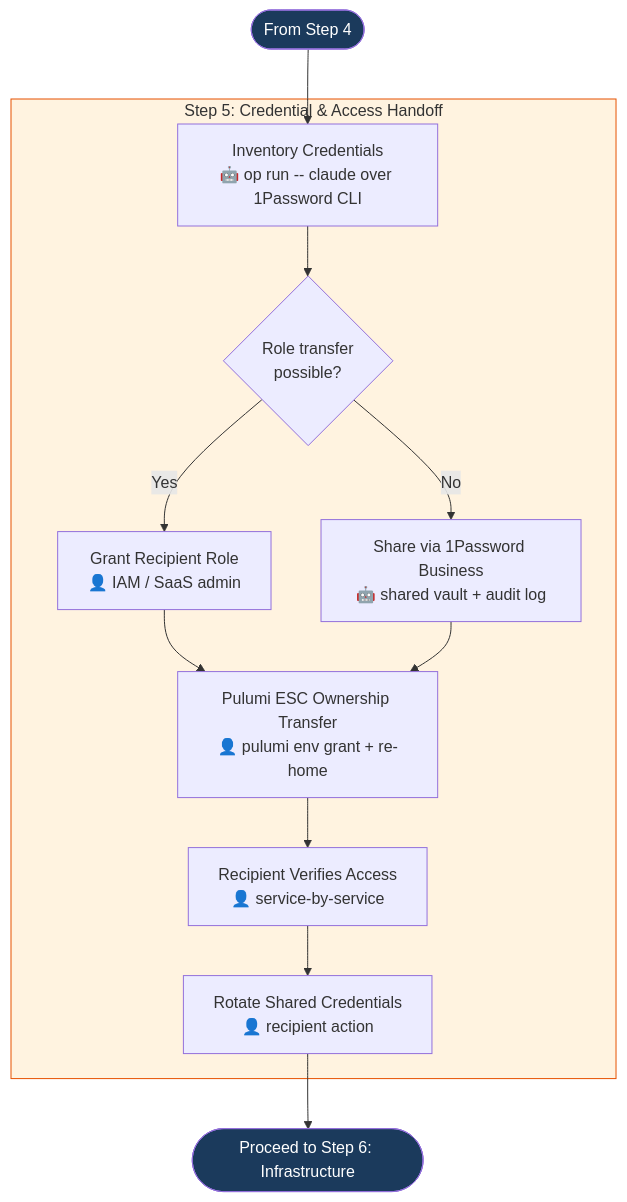
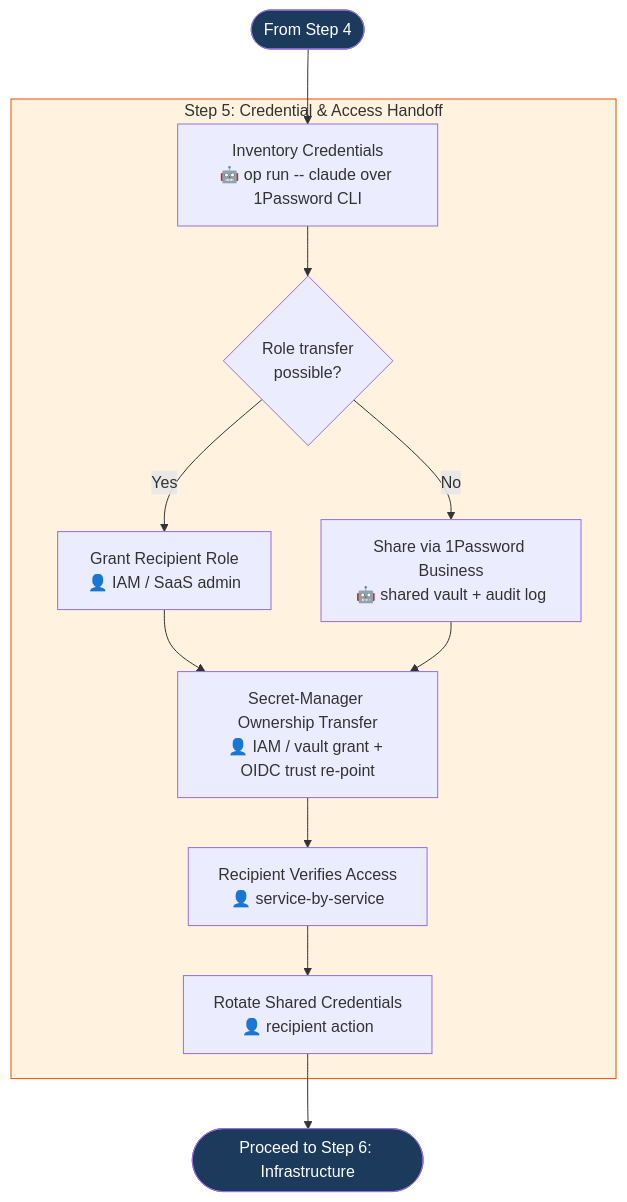
One commit to kalpat-allion/ai-dlc changed the seventh of 11 diagrams in aidlc-phases/07-delivery-handoff/FLOWCHART.md. Above: the diagram before and after it, drawn with Mermaid. The commit also changed other lines of this file and 39 other files, not shown here.

````diff
--- a/aidlc-phases/07-delivery-handoff/FLOWCHART.md
+++ b/aidlc-phases/07-delivery-handoff/FLOWCHART.md
@@ -233,20 +230,20 @@
 ```mermaid
 flowchart TD
     ENTRY([From Step 4]) --> CREDS
 
     subgraph CREDS_STEP["Step 5: Credential & Access Handoff"]
         CREDS[Inventory Credentials<br/>🤖 op run -- claude over 1Password CLI] --> ROLE_PREF{Role transfer<br/>possible?}
         ROLE_PREF -- Yes --> ROLE_GRANT[Grant Recipient Role<br/>👤 IAM / SaaS admin]
         ROLE_PREF -- No --> VAULT[Share via 1Password Business<br/>🤖 shared vault + audit log]
-        ROLE_GRANT --> ESC_HANDOFF[Pulumi ESC Ownership Transfer<br/>👤 pulumi env grant + re-home]
-        VAULT --> ESC_HANDOFF
-        ESC_HANDOFF --> VERIFY[Recipient Verifies Access<br/>👤 service-by-service]
+        ROLE_GRANT --> SECRETS_HANDOFF[Secret-Manager Ownership Transfer<br/>👤 IAM / vault grant + OIDC trust re-point]
+        VAULT --> SECRETS_HANDOFF
+        SECRETS_HANDOFF --> VERIFY[Recipient Verifies Access<br/>👤 service-by-service]
         VERIFY --> ROTATE[Rotate Shared Credentials<br/>👤 recipient action]
     end
 
     ROTATE --> NEXT([Proceed to Step 6: Infrastructure])
 
     style ENTRY fill:#1B3A5C,color:#fff
     style NEXT fill:#1B3A5C,color:#fff
     style CREDS_STEP fill:#fff3e0,stroke:#E65100
 ```
````
